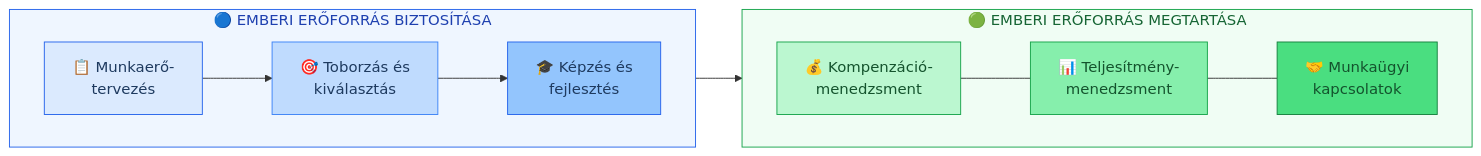
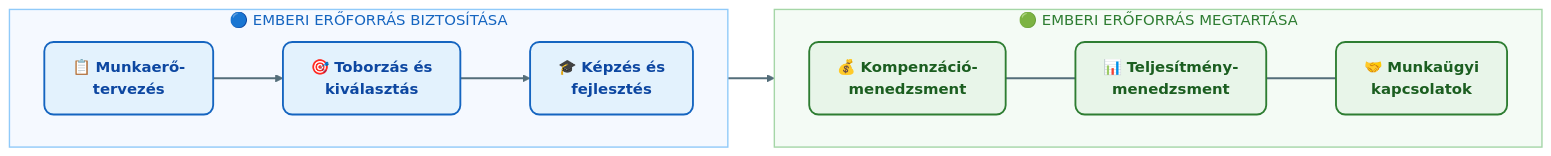
One commit to denespocsik/MM_BSC_Zarovizsga changed the diagram in Tételek/K08-GMXHR1MBLF-HRM fogalma, céljai, fő funkciói, HR stratégia.tétel.md. Above: the diagram before and after it, drawn with Mermaid. The commit also changed 34 other files, not shown here.

First line of the commit message:
style(tételek): egységes vizuális arculat a Mermaid-diagramokhoz

````diff
--- a/Tételek/K08-GMXHR1MBLF-HRM fogalma, céljai, fő funkciói, HR stratégia.tétel.md
+++ b/Tételek/K08-GMXHR1MBLF-HRM fogalma, céljai, fő funkciói, HR stratégia.tétel.md
@@ -21,21 +21,20 @@
 ```mermaid
 flowchart LR
     subgraph B1["🔵 EMBERI ERŐFORRÁS BIZTOSÍTÁSA"]
         direction LR
-        A1["📋 Munkaerő-\ntervezés"] --> A2["🎯 Toborzás és\nkiválasztás"] --> A3["🎓 Képzés és\nfejlesztés"]
+        A1["📋 <b>Munkaerő-<br/>tervezés</b>"]:::kek --> A2["🎯 <b>Toborzás és<br/>kiválasztás</b>"]:::kek --> A3["🎓 <b>Képzés és<br/>fejlesztés</b>"]:::kek
     end
     subgraph B2["🟢 EMBERI ERŐFORRÁS MEGTARTÁSA"]
         direction LR
-        A4["💰 Kompenzáció-\nmenedzsment"] --- A5["📊 Teljesítmény-\nmenedzsment"] --- A6["🤝 Munkaügyi\nkapcsolatok"]
+        A4["💰 <b>Kompenzáció-<br/>menedzsment</b>"]:::zold --- A5["📊 <b>Teljesítmény-<br/>menedzsment</b>"]:::zold --- A6["🤝 <b>Munkaügyi<br/>kapcsolatok</b>"]:::zold
     end
     B1 --> B2
 
-    style A1 fill:#dbeafe,stroke:#2563eb,color:#1e3a5f
-    style A2 fill:#bfdbfe,stroke:#3b82f6,color:#1e3a5f
-    style A3 fill:#93c5fd,stroke:#2563eb,color:#1e3a5f
-    style A4 fill:#bbf7d0,stroke:#16a34a,color:#14532d
-    style A5 fill:#86efac,stroke:#16a34a,color:#14532d
-    style A6 fill:#4ade80,stroke:#15803d,color:#14532d
-    style B1 fill:#eff6ff,stroke:#2563eb,color:#1e40af
-    style B2 fill:#f0fdf4,stroke:#16a34a,color:#166534
+    classDef kek  fill:#e3f2fd,stroke:#1565c0,stroke-width:2px,color:#0d47a1,rx:10,ry:10;
+    classDef zold fill:#e8f5e9,stroke:#2e7d32,stroke-width:2px,color:#1b5e20,rx:10,ry:10;
+
+    style B1 fill:#f5f9ff,stroke:#90caf9,stroke-width:1.5px,color:#1565c0;
+    style B2 fill:#f4fbf5,stroke:#a5d6a7,stroke-width:1.5px,color:#2e7d32;
+
+    linkStyle default stroke:#546e7a,stroke-width:2px;
 ```
````
